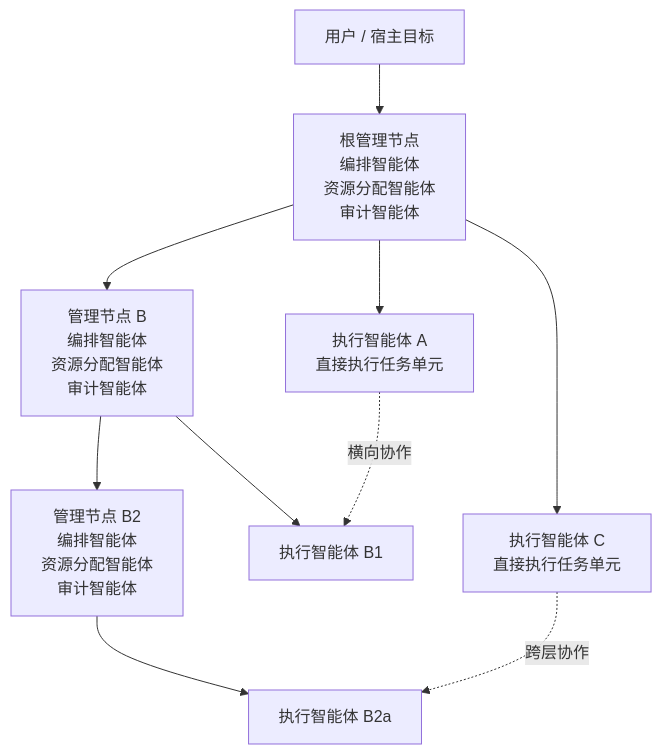
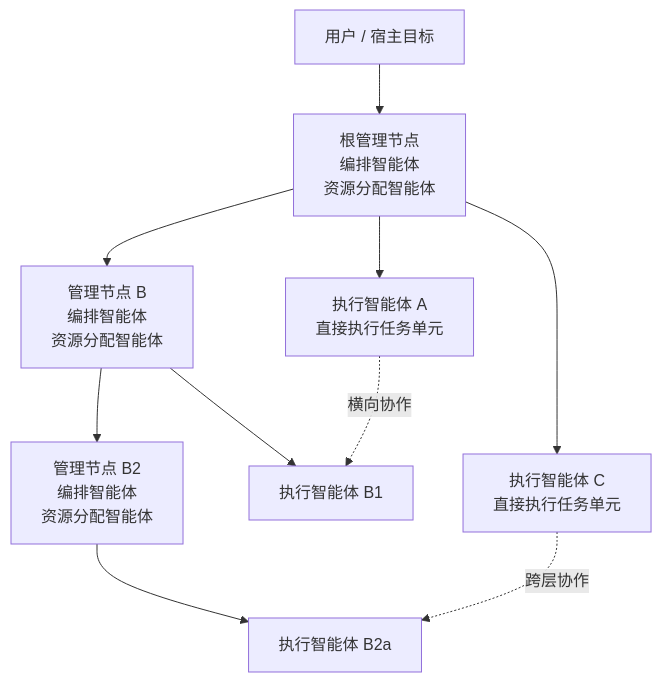
One commit to Luohaothu/dsh-flow changed the first of 3 diagrams in docs/design/hierarchy.md. Above: the diagram before and after it, drawn with Mermaid. The commit also changed other lines of this file and 160 other files, not shown here.

````diff
--- a/docs/design/hierarchy.md
+++ b/docs/design/hierarchy.md
@@ -20,12 +20,12 @@
 ```mermaid
 flowchart TB
-    User["用户 / 宿主目标"] --> Root["根管理节点<br/>编排智能体<br/>资源分配智能体<br/>审计智能体"]
+    User["用户 / 宿主目标"] --> Root["根管理节点<br/>编排智能体<br/>资源分配智能体"]
     Root --> W1["执行智能体 A<br/>直接执行任务单元"]
-    Root --> M1["管理节点 B<br/>编排智能体<br/>资源分配智能体<br/>审计智能体"]
+    Root --> M1["管理节点 B<br/>编排智能体<br/>资源分配智能体"]
     Root --> W2["执行智能体 C<br/>直接执行任务单元"]
     M1 --> W3["执行智能体 B1"]
-    M1 --> M2["管理节点 B2<br/>编排智能体<br/>资源分配智能体<br/>审计智能体"]
+    M1 --> M2["管理节点 B2<br/>编排智能体<br/>资源分配智能体"]
     M2 --> W4["执行智能体 B2a"]
     W1 -.->|横向协作| W3
     W2 -.->|跨层协作| W4
 ```
````
